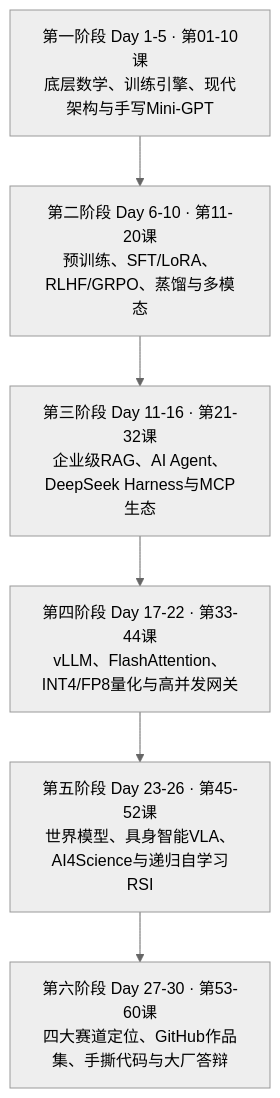
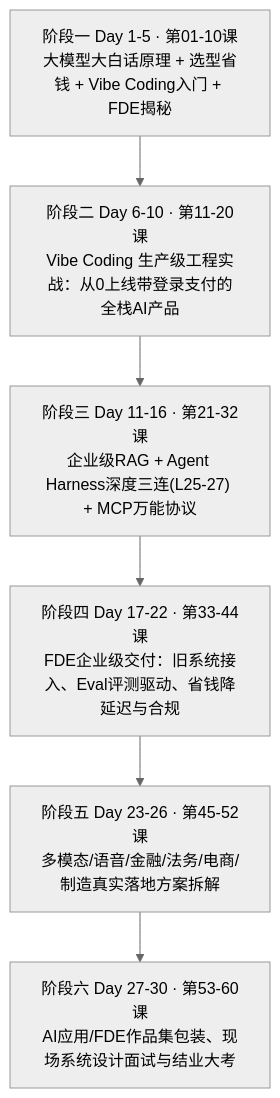
One commit to JJacksonchen/30-days-ai-expert changed the diagram in README.md. Above: the diagram before and after it, drawn with Mermaid (neutral theme). The commit also changed other lines of this file and 27 other files, not shown here.

Commit message:
refactor: pivot full 60-lesson open-source repo to AI Application Engineer & FDE + Vibe Coding with plain-language life stories

````diff
--- a/README.md
+++ b/README.md
@@ -12,11 +12,11 @@
 ```mermaid
 flowchart TD
-    S1["第一阶段 Day 1-5 · 第01-10课<br/>底层数学、训练引擎、现代架构与手写Mini-GPT"]
-    S2["第二阶段 Day 6-10 · 第11-20课<br/>预训练、SFT/LoRA、RLHF/GRPO、蒸馏与多模态"]
-    S3["第三阶段 Day 11-16 · 第21-32课<br/>企业级RAG、AI Agent、DeepSeek Harness与MCP生态"]
-    S4["第四阶段 Day 17-22 · 第33-44课<br/>vLLM、FlashAttention、INT4/FP8量化与高并发网关"]
-    S5["第五阶段 Day 23-26 · 第45-52课<br/>世界模型、具身智能VLA、AI4Science与递归自学习RSI"]
-    S6["第六阶段 Day 27-30 · 第53-60课<br/>四大赛道定位、GitHub作品集、手撕代码与大厂答辩"]
+    S1["阶段一 Day 1-5 · 第01-10课<br/>大模型大白话原理 + 选型省钱 + Vibe Coding入门 + FDE揭秘"]
+    S2["阶段二 Day 6-10 · 第11-20课<br/>Vibe Coding 生产级工程实战：从0上线带登录支付的全栈AI产品"]
+    S3["阶段三 Day 11-16 · 第21-32课<br/>企业级RAG + Agent Harness深度三连(L25-27) + MCP万能协议"]
+    S4["阶段四 Day 17-22 · 第33-44课<br/>FDE企业级交付：旧系统接入、Eval评测驱动、省钱降延迟与合规"]
+    S5["阶段五 Day 23-26 · 第45-52课<br/>多模态/语音/金融/法务/电商/制造真实落地方案拆解"]
+    S6["阶段六 Day 27-30 · 第53-60课<br/>AI应用/FDE作品集包装、现场系统设计面试与结业大考"]
 
     S1 --> S2 --> S3 --> S4 --> S5 --> S6
 ```
````
